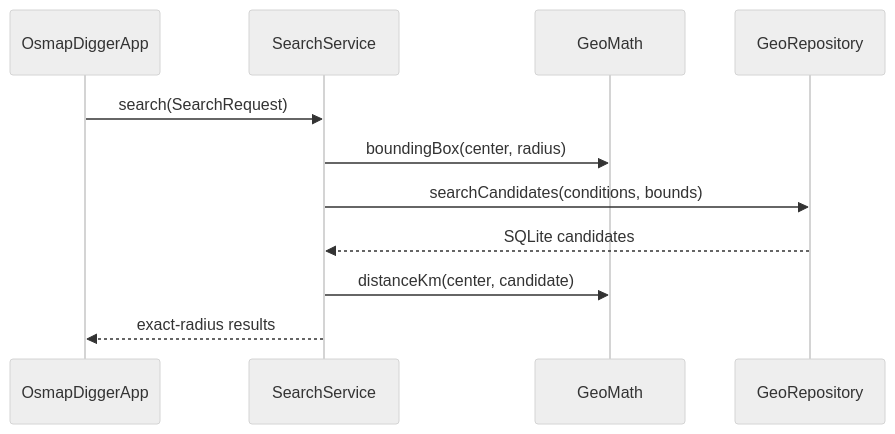
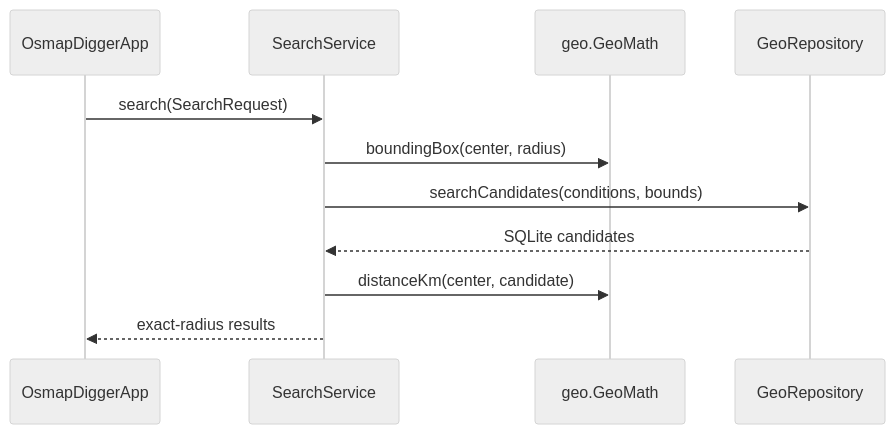
One commit to folk21/osmapdigger changed the diagram in mobile/IMPLEMENTATION.md. Above: the diagram before and after it, drawn with Mermaid (neutral theme). The commit also changed other lines of this file and 70 other files, not shown here.

````diff
--- a/mobile/IMPLEMENTATION.md
+++ b/mobile/IMPLEMENTATION.md
@@ -64,14 +67,14 @@
 ```mermaid
 sequenceDiagram
     participant UI as OsmapDiggerApp
     participant S as SearchService
-    participant G as GeoMath
+    participant G as geo.GeoMath
     participant R as GeoRepository
 
     UI->>S: search(SearchRequest)
     S->>G: boundingBox(center, radius)
     S->>R: searchCandidates(conditions, bounds)
     R-->>S: SQLite candidates
     S->>G: distanceKm(center, candidate)
     S-->>UI: exact-radius results
 ```
````
